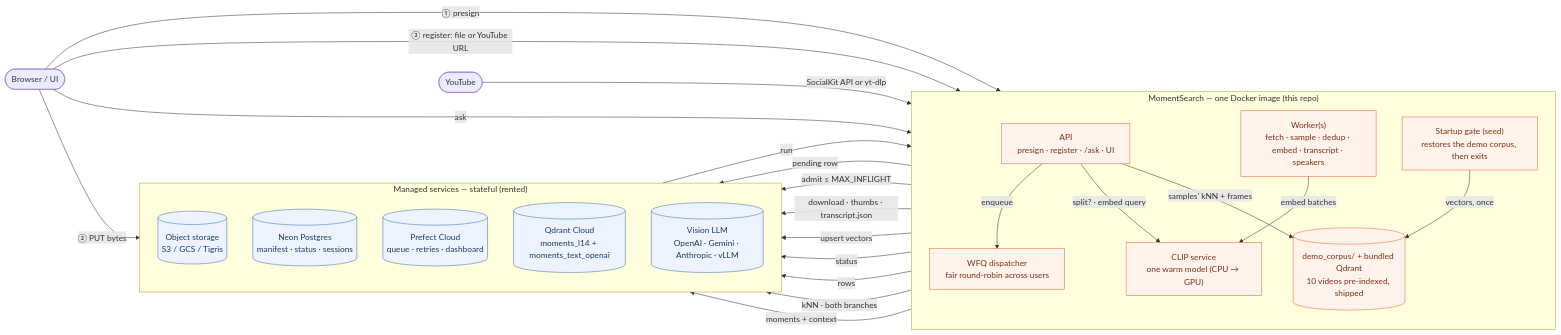
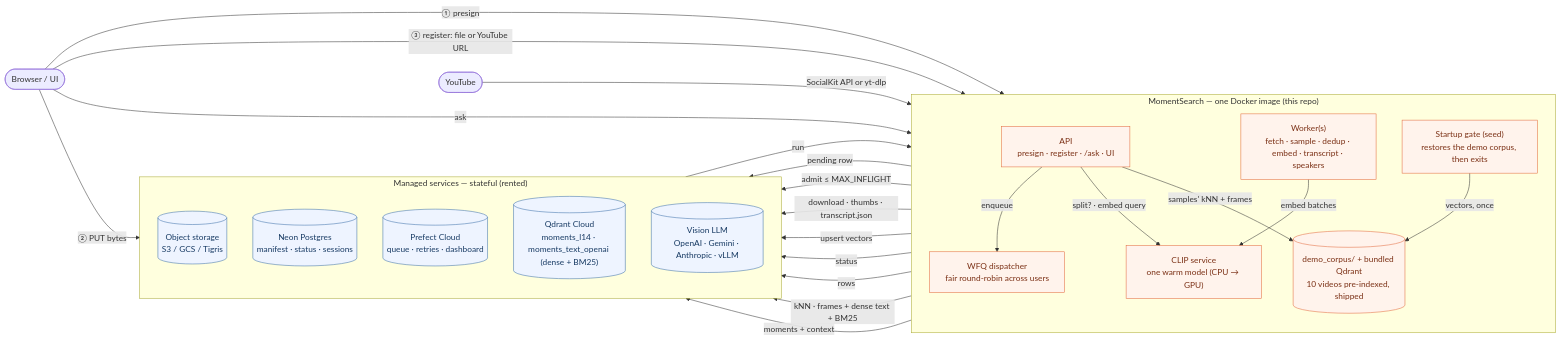
One commit to traversaal-ai/momentsearch changed the diagram in README.md. Above: the diagram before and after it, drawn with Mermaid. The commit also changed other lines of this file and 12 other files, not shown here.

````diff
--- a/README.md
+++ b/README.md
@@ -311,55 +311,55 @@
 ```mermaid
 flowchart LR
   user(["Browser / UI"])
 
   yt(["YouTube"])
 
   subgraph repo["MomentSearch — one Docker image (this repo)"]
     direction TB
     api["API<br/>presign · register · /ask · UI"]
     disp["WFQ dispatcher<br/>fair round-robin across users"]
     worker["Worker(s)<br/>fetch · sample · dedup · embed · transcript · speakers"]
     clip["CLIP service<br/>one warm model (CPU → GPU)"]
     gate["Startup gate (seed)<br/>restores the demo corpus, then exits"]
     demo[("demo_corpus/ + bundled Qdrant<br/>10 videos pre-indexed, shipped")]
   end
 
   subgraph managed["Managed services — stateful (rented)"]
     direction TB
     obj[("Object storage<br/>S3 / GCS / Tigris")]
     pg[("Neon Postgres<br/>manifest · status · sessions")]
     prefect[("Prefect Cloud<br/>queue · retries · dashboard")]
-    qdrant[("Qdrant Cloud<br/>moments_l14 + moments_text_openai")]
+    qdrant[("Qdrant Cloud<br/>moments_l14 · moments_text_openai (dense + BM25)")]
     vlm[("Vision LLM<br/>OpenAI · Gemini · Anthropic · vLLM")]
   end
 
   %% write path
   user -->|"① presign"| api
   user -->|"② PUT bytes"| obj
   user -->|"③ register: file or YouTube URL"| api
   api -->|"pending row"| pg
   api -->|"enqueue"| disp
   disp -->|"admit ≤ MAX_INFLIGHT"| prefect
   prefect -->|"run"| worker
   yt -->|"SocialKit API or yt-dlp"| worker
   worker -->|"download · thumbs · transcript.json"| obj
   worker -->|"embed batches"| clip
   worker -->|"upsert vectors"| qdrant
   worker -->|"status"| pg
 
   %% demo corpus
   gate -->|"rows"| pg
   gate -->|"vectors, once"| demo
 
   %% read path
   user -->|"ask"| api
   api -->|"split? · embed query"| clip
-  api -->|"kNN · both branches"| qdrant
+  api -->|"kNN · frames + dense text + BM25"| qdrant
   api -->|"samples' kNN + frames"| demo
   api -->|"moments + context"| vlm
 
   classDef repoN fill:#fff3ec,stroke:#e2683c,color:#7a2f14;
   classDef mgmtN fill:#eef4ff,stroke:#3b6ea8,color:#173a63;
   class api,disp,worker,clip,gate,demo repoN;
   class obj,pg,prefect,qdrant,vlm mgmtN;
 ```
````
